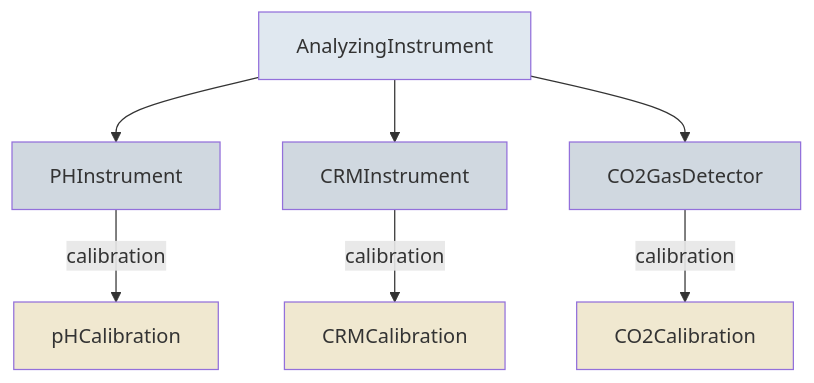
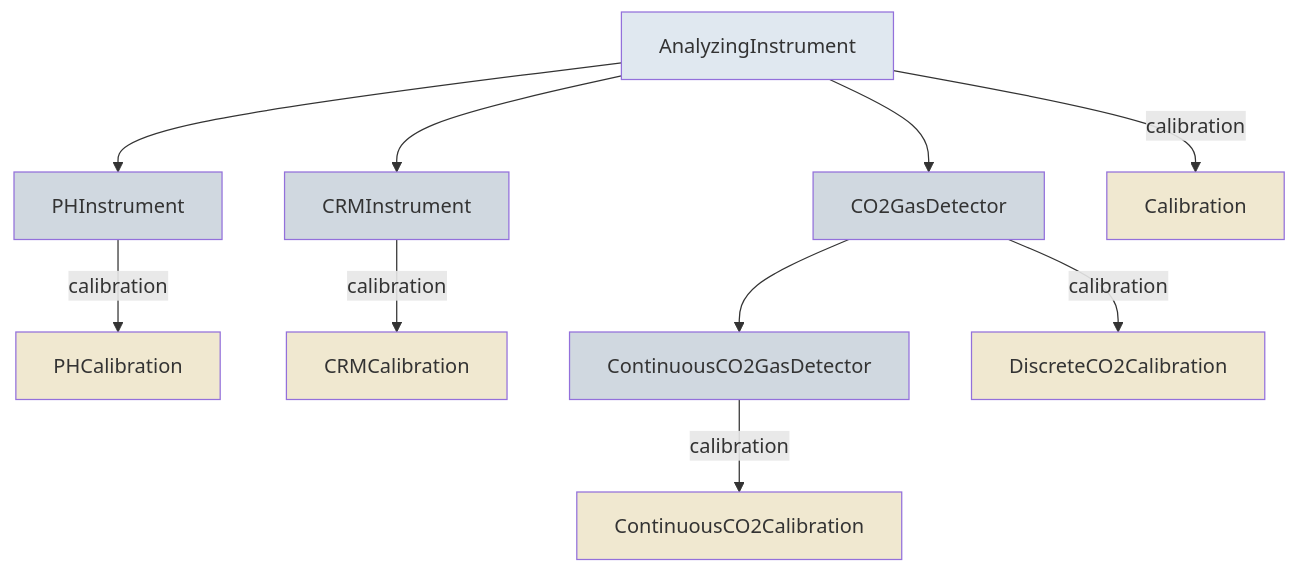
One commit to submarine-mrv/oae-data-protocol changed the diagram in src/docs/files/instruments-calibration/index.md. Above: the diagram before and after it, drawn with Mermaid. The commit also changed other lines of this file and 17 other files, not shown here.

First line of the commit message:
docs: audit schema site against v0.5.0 and link to generated pages (#49)

````diff
--- a/src/docs/files/instruments-calibration/index.md
+++ b/src/docs/files/instruments-calibration/index.md
@@ -7,19 +10,25 @@
 ```mermaid
 graph TD
     AI["AnalyzingInstrument"]
     AI --> PHI["PHInstrument"]
     AI --> CRMI["CRMInstrument"]
     AI --> CO2D["CO2GasDetector"]
+    CO2D --> CCO2D["ContinuousCO2GasDetector"]
 
-    PHI -->|calibration| PHC["pHCalibration"]
+    AI -->|calibration| C["Calibration"]
+    PHI -->|calibration| PHC["PHCalibration"]
     CRMI -->|calibration| CRMC["CRMCalibration"]
-    CO2D -->|calibration| CO2C["CO2Calibration"]
+    CO2D -->|calibration| DCO2C["DiscreteCO2Calibration"]
+    CCO2D -->|calibration| CCO2C["ContinuousCO2Calibration"]
 
     style AI fill:#e0e8f0
     style PHI fill:#d0d8e0
     style CRMI fill:#d0d8e0
     style CO2D fill:#d0d8e0
+    style CCO2D fill:#d0d8e0
+    style C fill:#f0e8d0
     style PHC fill:#f0e8d0
     style CRMC fill:#f0e8d0
-    style CO2C fill:#f0e8d0
+    style DCO2C fill:#f0e8d0
+    style CCO2C fill:#f0e8d0
 ```
````
